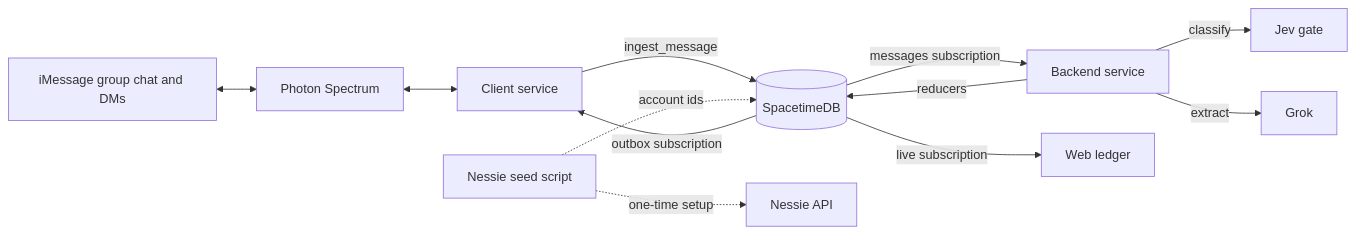
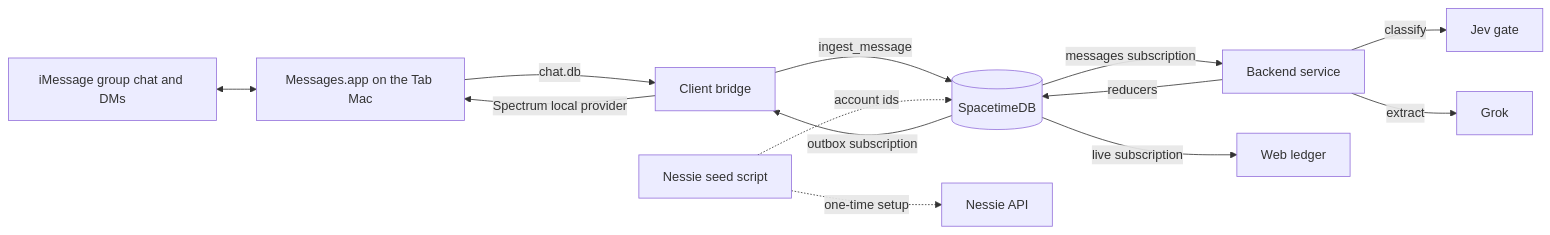
Before and after one commit to HarjyotS/Tab_MHacks26: the first of 3 diagrams in SPEC.md, drawn with Mermaid. The commit also changed other lines of this file, not shown here.

First line of the commit message:
Update the spec for the Mac bridge

````diff
--- a/SPEC.md
+++ b/SPEC.md
@@ -104,14 +104,15 @@
 ```mermaid
 flowchart LR
-  GC[iMessage group chat and DMs] <--> PH[Photon Spectrum]
-  PH <--> CL[Client service]
+  GC[iMessage group chat and DMs] <--> MAC[Messages.app on the Tab Mac]
+  MAC -- chat.db --> CL[Client bridge]
+  CL -- Spectrum local provider --> MAC
   CL -- ingest_message --> DB[(SpacetimeDB)]
   DB -- outbox subscription --> CL
   DB -- messages subscription --> BE[Backend service]
   BE -- classify --> JEV[Jev gate]
   BE -- extract --> GROK[Grok]
   BE -- reducers --> DB
   DB -- live subscription --> WL[Web ledger]
   NS[Nessie seed script] -. one-time setup .-> NES[Nessie API]
   NS -. account ids .-> DB
 ```
````
